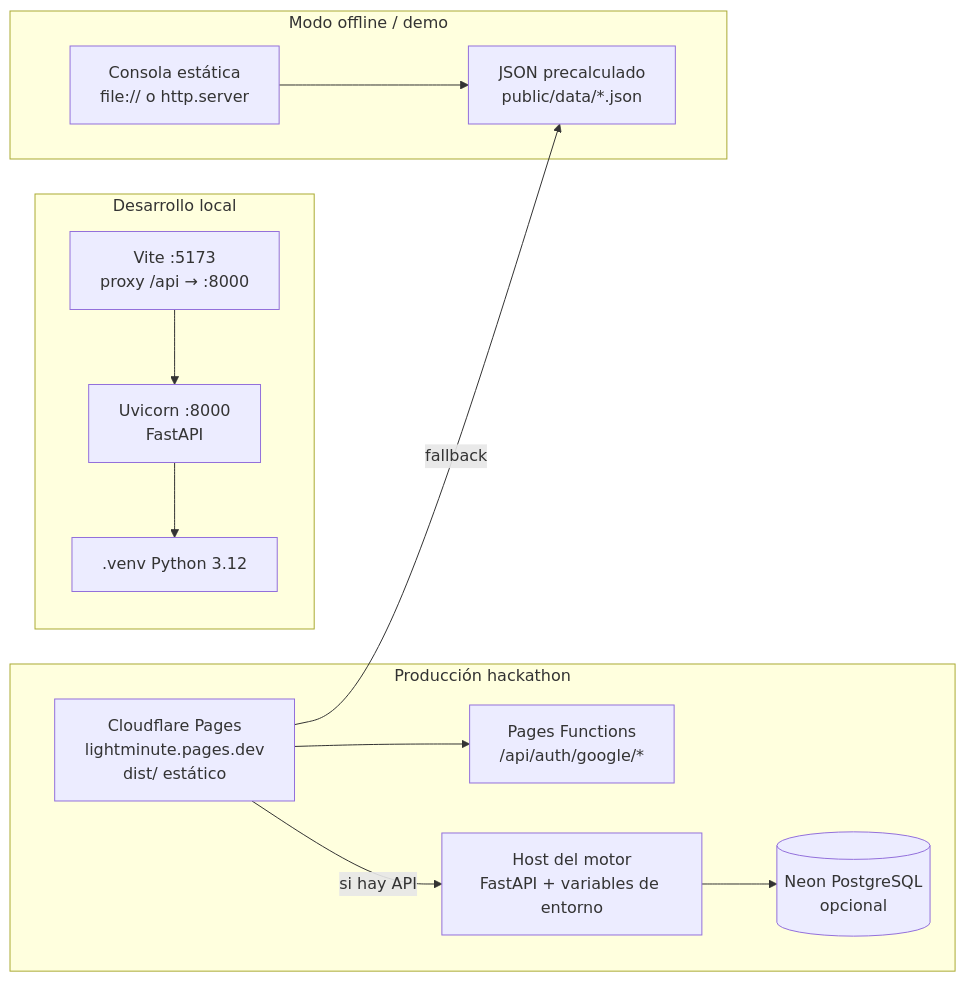
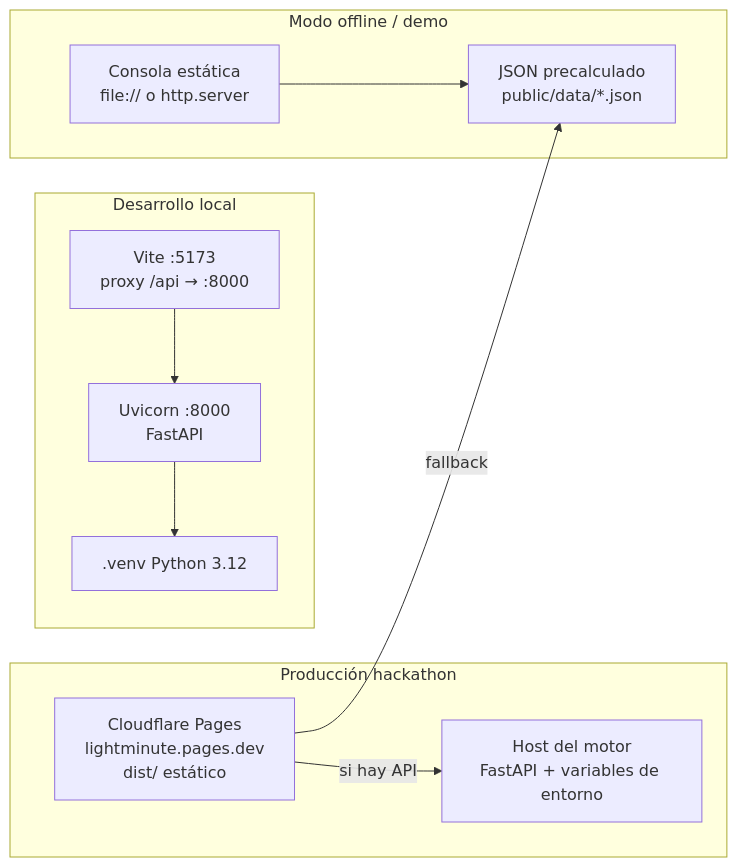
Before and after one commit to juanitogit/LIGHTMINUTE: the fourth of 4 diagrams in docs/avances/avances.md, drawn with Mermaid. The commit also changed other lines of this file and 27 other files, not shown here.

Commit message:
Remove Google sign-in and Neon integration

````diff
--- a/docs/avances/avances.md
+++ b/docs/avances/avances.md
@@ -209,28 +203,24 @@
 ```mermaid
 flowchart LR
   subgraph Local["Desarrollo local"]
     DEV["Vite :5173\nproxy /api → :8000"]
     UV["Uvicorn :8000\nFastAPI"]
     VENV[".venv Python 3.12"]
   end
 
   subgraph Prod["Producción hackathon"]
     PAGES["Cloudflare Pages\nlightminute.pages.dev\ndist/ estático"]
-    FUNC["Pages Functions\n/api/auth/google/*"]
     HOST["Host del motor\nFastAPI + variables de entorno"]
-    NEON[("Neon PostgreSQL\nopcional")]
   end
 
   subgraph Offline["Modo offline / demo"]
     FILE["JSON precalculado\npublic/data/*.json"]
     STATIC["Consola estática\nfile:// o http.server"]
   end
 
   DEV --> UV
   UV --> VENV
-  PAGES --> FUNC
   PAGES -->|"si hay API"| HOST
-  HOST --> NEON
   PAGES -->|"fallback"| FILE
   STATIC --> FILE
 ```
````
